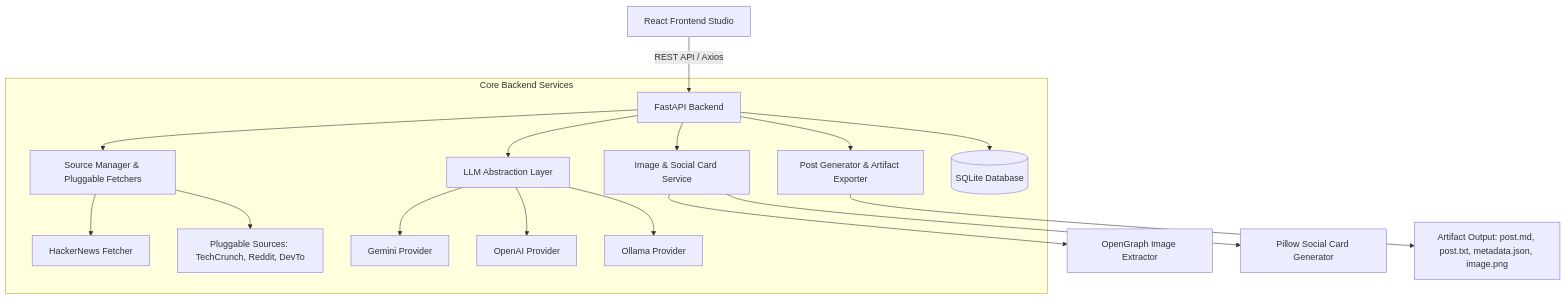
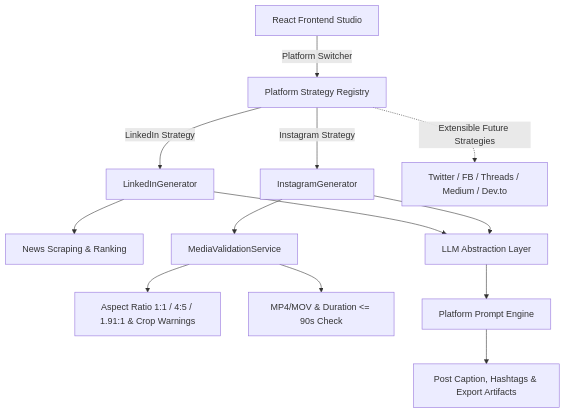
Before and after one commit to sachsbu/linkedin-post-creator: the diagram in README.md, drawn with Mermaid. The commit also changed other lines of this file and 30 other files, not shown here.

Commit message:
integrated instagram post caption and hashtag creation

````diff
--- a/README.md
+++ b/README.md
@@ -9,24 +9,20 @@
 ```mermaid
 graph TD
-    UI[React Frontend Studio] -->|REST API / Axios| API[FastAPI Backend]
+    Client[React Frontend Studio] -->|Platform Switcher| StrategyFactory[Platform Strategy Registry]
+    
+    StrategyFactory -->|LinkedIn Strategy| LinkedInGen[LinkedInGenerator]
+    StrategyFactory -->|Instagram Strategy| InstagramGen[InstagramGenerator]
+    StrategyFactory -.->|Extensible Future Strategies| FutureGen[Twitter / FB / Threads / Medium / Dev.to]
 
-    subgraph Core Backend Services
-        API --> SM[Source Manager & Pluggable Fetchers]
-        API --> LLM[LLM Abstraction Layer]
-        API --> IS[Image & Social Card Service]
-        API --> PG[Post Generator & Artifact Exporter]
-        API --> DB[(SQLite Database)]
+    LinkedInGen --> NewsScraper[News Scraping & Ranking]
+    LinkedInGen --> LLM[LLM Abstraction Layer]
 
-        SM --> HN[HackerNews Fetcher]
-        SM --> EXT[Pluggable Sources: TechCrunch, Reddit, DevTo]
+    InstagramGen --> MediaVal[MediaValidationService]
+    InstagramGen --> LLM
 
-        LLM --> GEM[Gemini Provider]
-        LLM --> OAI[OpenAI Provider]
-        LLM --> OLL[Ollama Provider]
-    end
+    MediaVal --> ImageVal[Aspect Ratio 1:1 / 4:5 / 1.91:1 & Crop Warnings]
+    MediaVal --> VideoVal[MP4/MOV & Duration <= 90s Check]
 
-    IS --> OG[OpenGraph Image Extractor]
-    IS --> PIL[Pillow Social Card Generator]
-
-    PG --> OUT[Artifact Output: post.md, post.txt, metadata.json, image.png]
+    LLM --> PromptEngine[Platform Prompt Engine]
+    PromptEngine --> Output[Post Caption, Hashtags & Export Artifacts]
 ```
````
